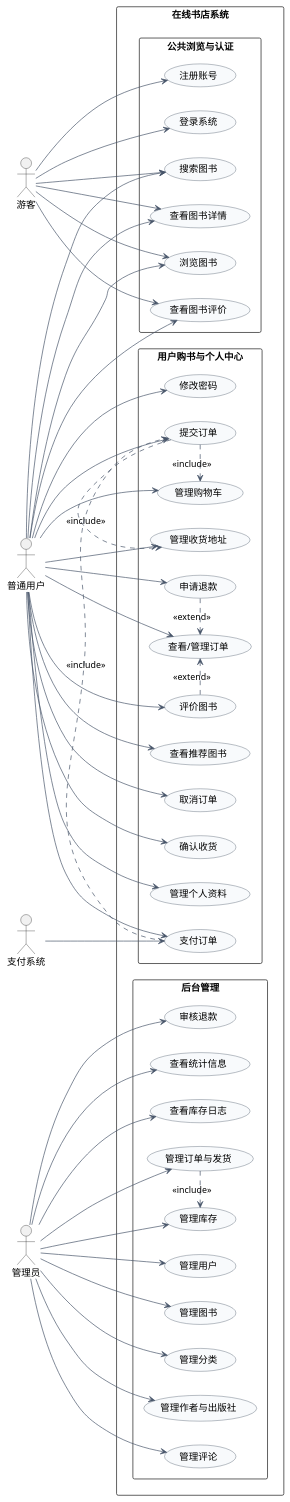
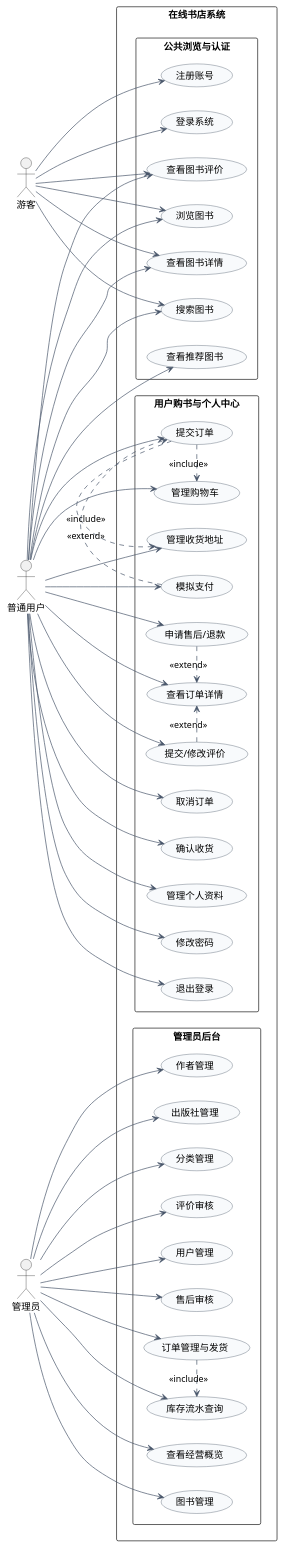
The diagram in docs/diagrams/bookstore_use_case_diagram.puml (CreativeRobot/Database-Course-Design-flutter), drawn with PlantUML before and after one commit. The commit also changed 103 other files, not shown here.

```diff
--- a/docs/diagrams/bookstore_use_case_diagram.puml
+++ b/docs/diagrams/bookstore_use_case_diagram.puml
@@ -1,99 +1,98 @@
 @startuml
 left to right direction
 skinparam packageStyle rectangle
 skinparam shadowing false
 skinparam actorStyle stickman
 skinparam usecase {
   BackgroundColor #F8FAFC
   BorderColor #334155
   ArrowColor #475569
 }
 
 actor 游客 as Visitor
 actor 普通用户 as Customer
 actor 管理员 as Admin
-actor 支付系统 as Payment
 
 rectangle "在线书店系统" {
   package "公共浏览与认证" {
     usecase "注册账号" as Register
     usecase "登录系统" as Login
     usecase "浏览图书" as Browse
     usecase "搜索图书" as Search
     usecase "查看图书详情" as Detail
     usecase "查看图书评价" as ViewReview
+    usecase "查看推荐图书" as Recommend
   }
 
   package "用户购书与个人中心" {
-    usecase "查看推荐图书" as Recommend
     usecase "管理购物车" as Cart
     usecase "提交订单" as CreateOrder
-    usecase "支付订单" as Pay
-    usecase "查看/管理订单" as Orders
+    usecase "模拟支付" as MockPay
+    usecase "查看订单详情" as ViewOrders
     usecase "取消订单" as Cancel
     usecase "确认收货" as Confirm
-    usecase "申请退款" as Refund
-    usecase "评价图书" as Review
+    usecase "申请售后/退款" as Refund
+    usecase "提交/修改评价" as Review
     usecase "管理个人资料" as Profile
     usecase "管理收货地址" as Address
     usecase "修改密码" as Password
+    usecase "退出登录" as Logout
   }
 
-  package "后台管理" {
-    usecase "管理用户" as UserManage
-    usecase "管理图书" as BookManage
-    usecase "管理分类" as CategoryManage
-    usecase "管理作者与出版社" as CatalogManage
-    usecase "管理库存" as StockManage
-    usecase "管理订单与发货" as OrderManage
-    usecase "管理评论" as ReviewManage
-    usecase "审核退款" as RefundReview
-    usecase "查看统计信息" as Statistics
-    usecase "查看库存日志" as InventoryLog
+  package "管理员后台" {
+    usecase "查看经营概览" as Overview
+    usecase "图书管理" as BookManage
+    usecase "作者管理" as AuthorManage
+    usecase "出版社管理" as PublisherManage
+    usecase "分类管理" as CategoryManage
+    usecase "订单管理与发货" as OrderManage
+    usecase "评价审核" as ReviewManage
+    usecase "库存流水查询" as InventoryLog
+    usecase "用户管理" as UserManage
+    usecase "售后审核" as RefundReview
   }
 }
 
 Visitor --> Register
 Visitor --> Login
 Visitor --> Browse
 Visitor --> Search
 Visitor --> Detail
 Visitor --> ViewReview
 
 Customer --> Browse
 Customer --> Search
 Customer --> Detail
 Customer --> ViewReview
 Customer --> Recommend
 Customer --> Cart
 Customer --> CreateOrder
-Customer --> Pay
-Customer --> Orders
+Customer --> MockPay
+Customer --> ViewOrders
 Customer --> Cancel
 Customer --> Confirm
 Customer --> Refund
 Customer --> Review
 Customer --> Profile
 Customer --> Address
 Customer --> Password
+Customer --> Logout
 
-Payment --> Pay
-
-Admin --> UserManage
+Admin --> Overview
 Admin --> BookManage
+Admin --> AuthorManage
+Admin --> PublisherManage
 Admin --> CategoryManage
-Admin --> CatalogManage
-Admin --> StockManage
 Admin --> OrderManage
 Admin --> ReviewManage
+Admin --> InventoryLog
+Admin --> UserManage
 Admin --> RefundReview
-Admin --> Statistics
-Admin --> InventoryLog
 
 CreateOrder .> Cart : <<include>>
 CreateOrder .> Address : <<include>>
-Pay .> CreateOrder : <<include>>
-Refund .> Orders : <<extend>>
-Review .> Orders : <<extend>>
-OrderManage .> StockManage : <<include>>
+MockPay .> CreateOrder : <<extend>>
+Refund .> ViewOrders : <<extend>>
+Review .> ViewOrders : <<extend>>
+OrderManage .> InventoryLog : <<include>>
 @enduml
```
